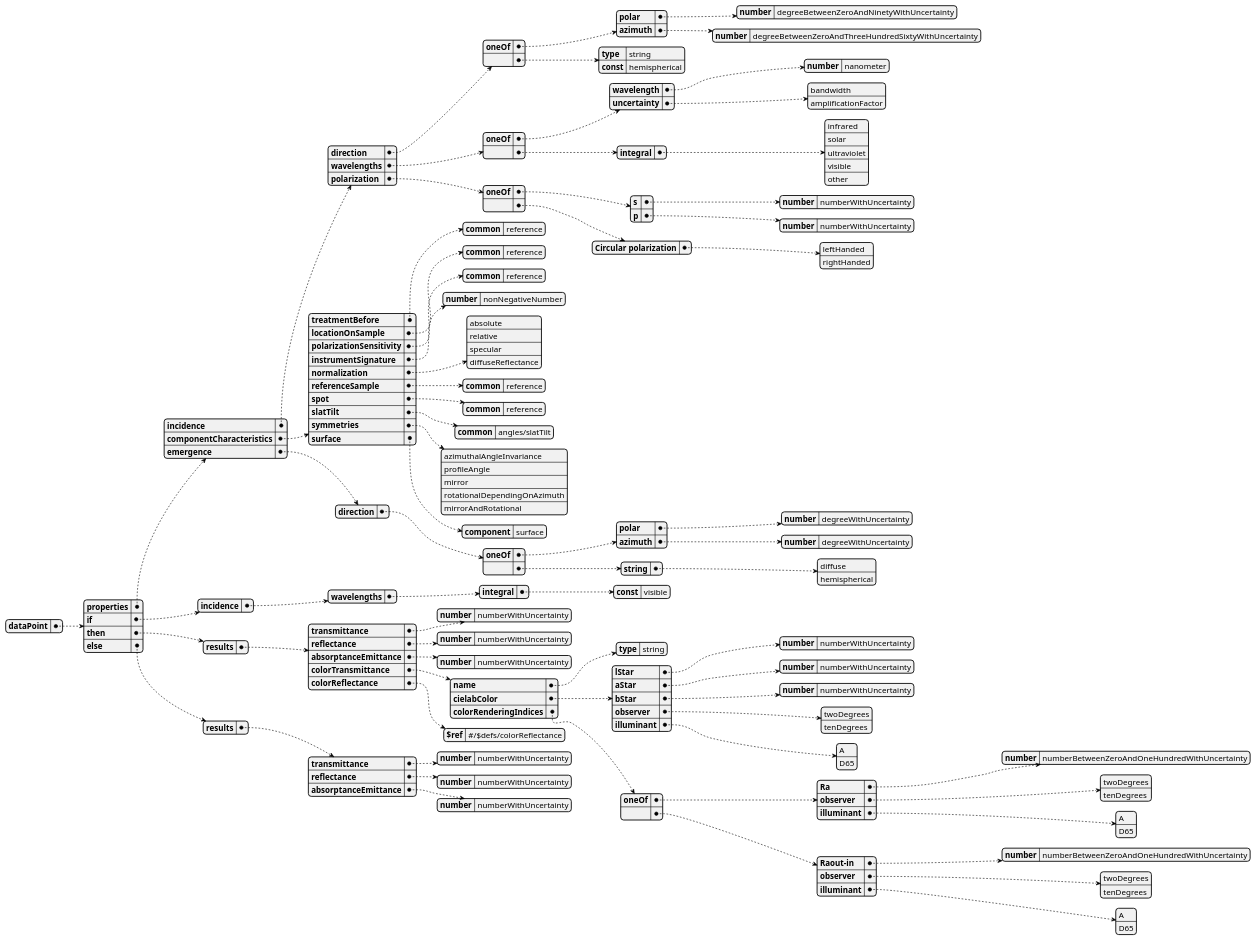
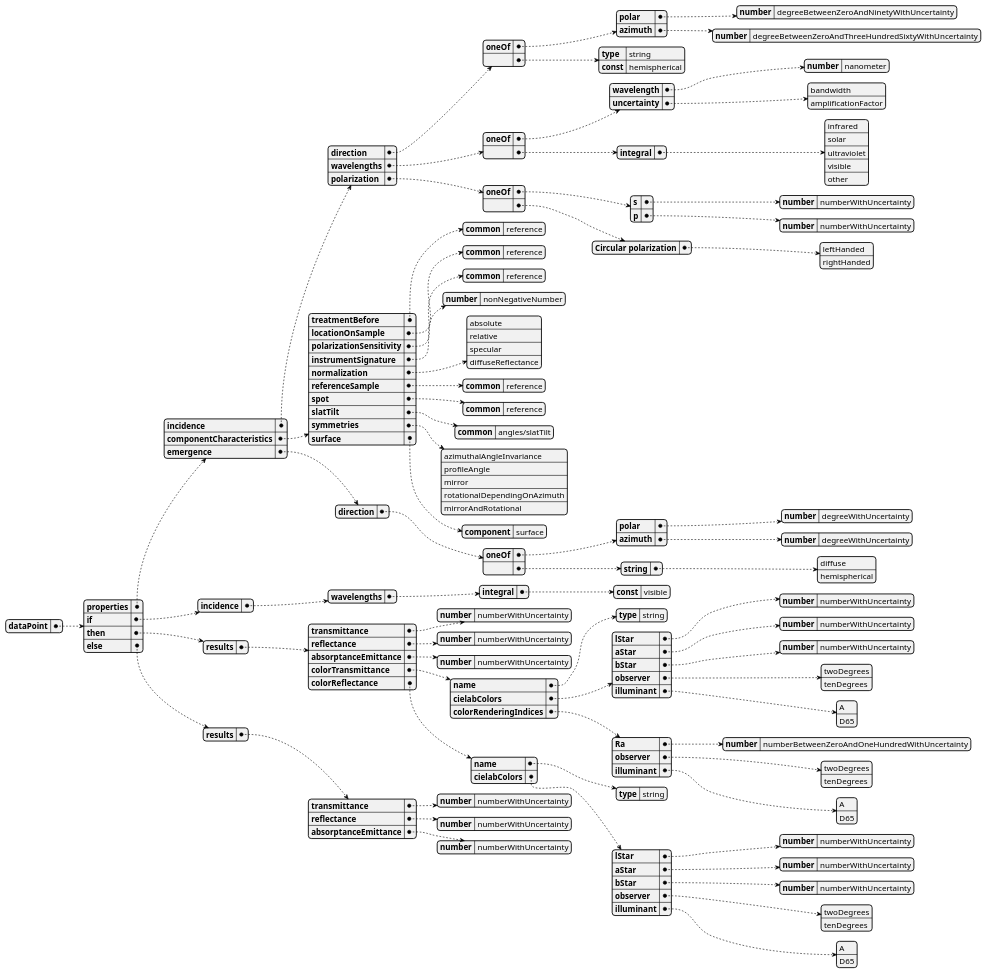
The diagram in docs/diagrams/src/opticalData/opticalDataPointSchema.plantuml (building-envelope-data/api), drawn with PlantUML before and after one commit. The commit also changed 2 other files, not shown here.

Commit message:
Simplify to 7 columns by neglecting Raout-in.

```diff
--- a/docs/diagrams/src/opticalData/opticalDataPointSchema.plantuml
+++ b/docs/diagrams/src/opticalData/opticalDataPointSchema.plantuml
@@ -137,52 +137,56 @@
               }
         },
     "then": {
-          "results": {
-            "transmittance": {
-              "number": "numberWithUncertainty"
+      "results": {
+        "transmittance": {
+          "number": "numberWithUncertainty"
+        }
+        ,
+        "reflectance": {
+          "number": "numberWithUncertainty"
+        }
+        ,
+        "absorptanceEmittance": {
+          "number": "numberWithUncertainty"
+        },
+        "colorTransmittance": {
+          "name": {          "type": "string"        },
+          "cielabColors": {
+              "lStar": {
+                "number": "numberWithUncertainty"
+              },
+              "aStar": {
+                "number": "numberWithUncertainty"
+              },
+              "bStar": {
+                "number": "numberWithUncertainty"
+              },
+              "observer":  ["twoDegrees", "tenDegrees"],
+              "illuminant":  ["A", "D65"]
+            },
+          "colorRenderingIndices": {
+              "Ra": { "number": "numberBetweenZeroAndOneHundredWithUncertainty"},
+              "observer":  ["twoDegrees", "tenDegrees"],
+              "illuminant":  ["A", "D65"]
             }
-            ,
-            "reflectance": {
-              "number": "numberWithUncertainty"
+        },
+        "colorReflectance": {
+            "name": {"type": "string"   },
+            "cielabColors": {
+                "lStar": {
+                  "number": "numberWithUncertainty"
+                },
+                "aStar": {
+                  "number": "numberWithUncertainty"
+                },
+                "bStar": {
+                  "number": "numberWithUncertainty"
+                },
+                "observer":  ["twoDegrees", "tenDegrees"],
+                "illuminant":  ["A", "D65"]
             }
-            ,
-            "absorptanceEmittance": {
-              "number": "numberWithUncertainty"
-            },
-            "colorTransmittance": {
-              "name": {          "type": "string"        },
-              "cielabColor": {
-                  "lStar": {
-                    "number": "numberWithUncertainty"
-                  },
-                  "aStar": {
-                    "number": "numberWithUncertainty"
-                  },
-                  "bStar": {
-                    "number": "numberWithUncertainty"
-                  },
-                  "observer":  ["twoDegrees", "tenDegrees"],
-                  "illuminant":  ["A", "D65"]
-                },
-              "colorRenderingIndices": {
-                "oneOf": 
-                  {
-                  "Ra": { "number": "numberBetweenZeroAndOneHundredWithUncertainty"},
-                  "observer":  ["twoDegrees", "tenDegrees"],
-                  "illuminant":  ["A", "D65"]
-                  },
-                "":
-                  {
-                  "Raout-in": {     "number": "numberBetweenZeroAndOneHundredWithUncertainty"},
-                  "observer":  ["twoDegrees", "tenDegrees"],
-                  "illuminant":  ["A", "D65"]
-                  }
-                }
-            },
-            "colorReflectance": {
-              "$ref": "#/$defs/colorReflectance"
-            }
-          }
+        }
+      }
     },
     "else": {
       "results": {
```
